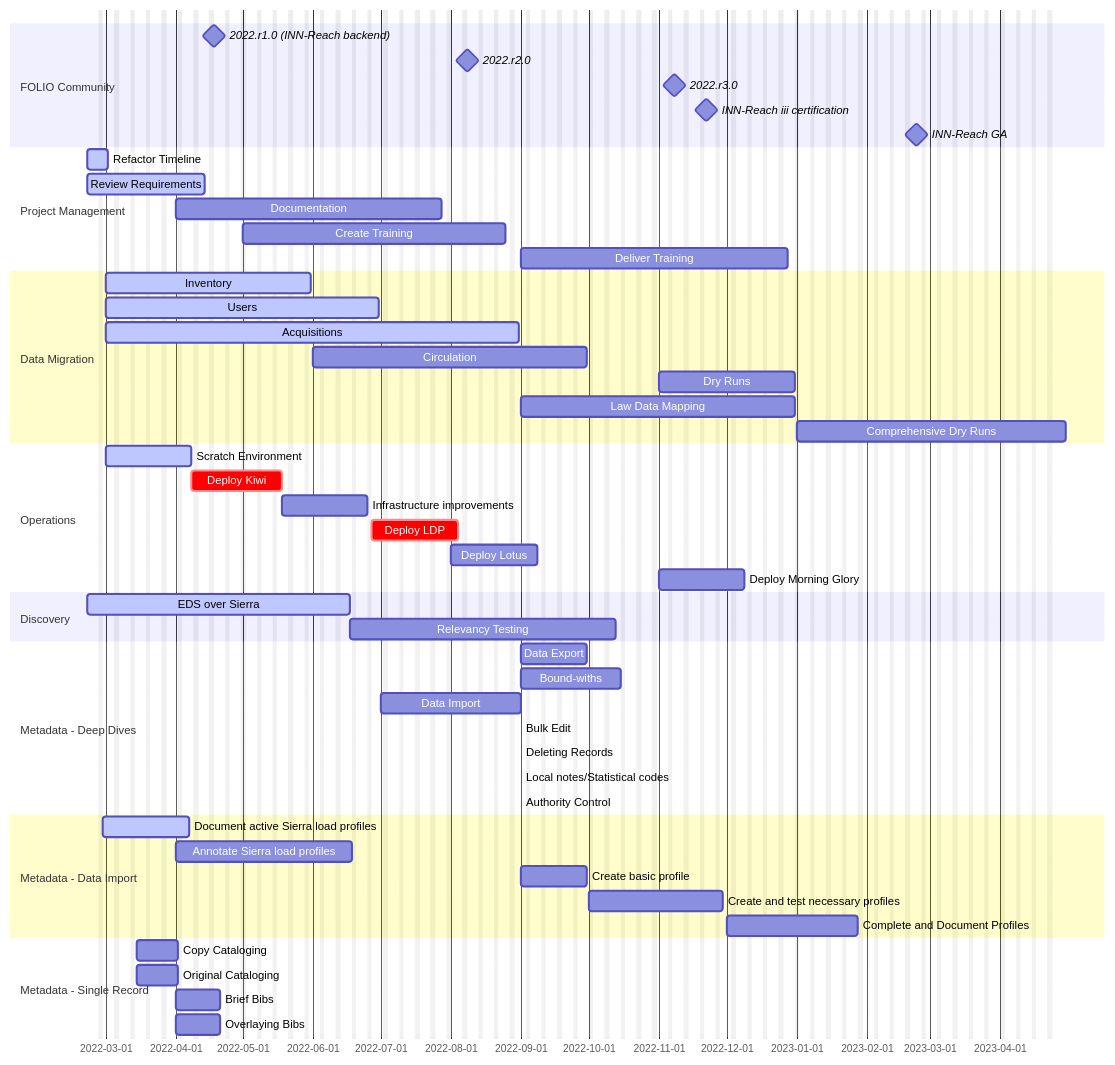
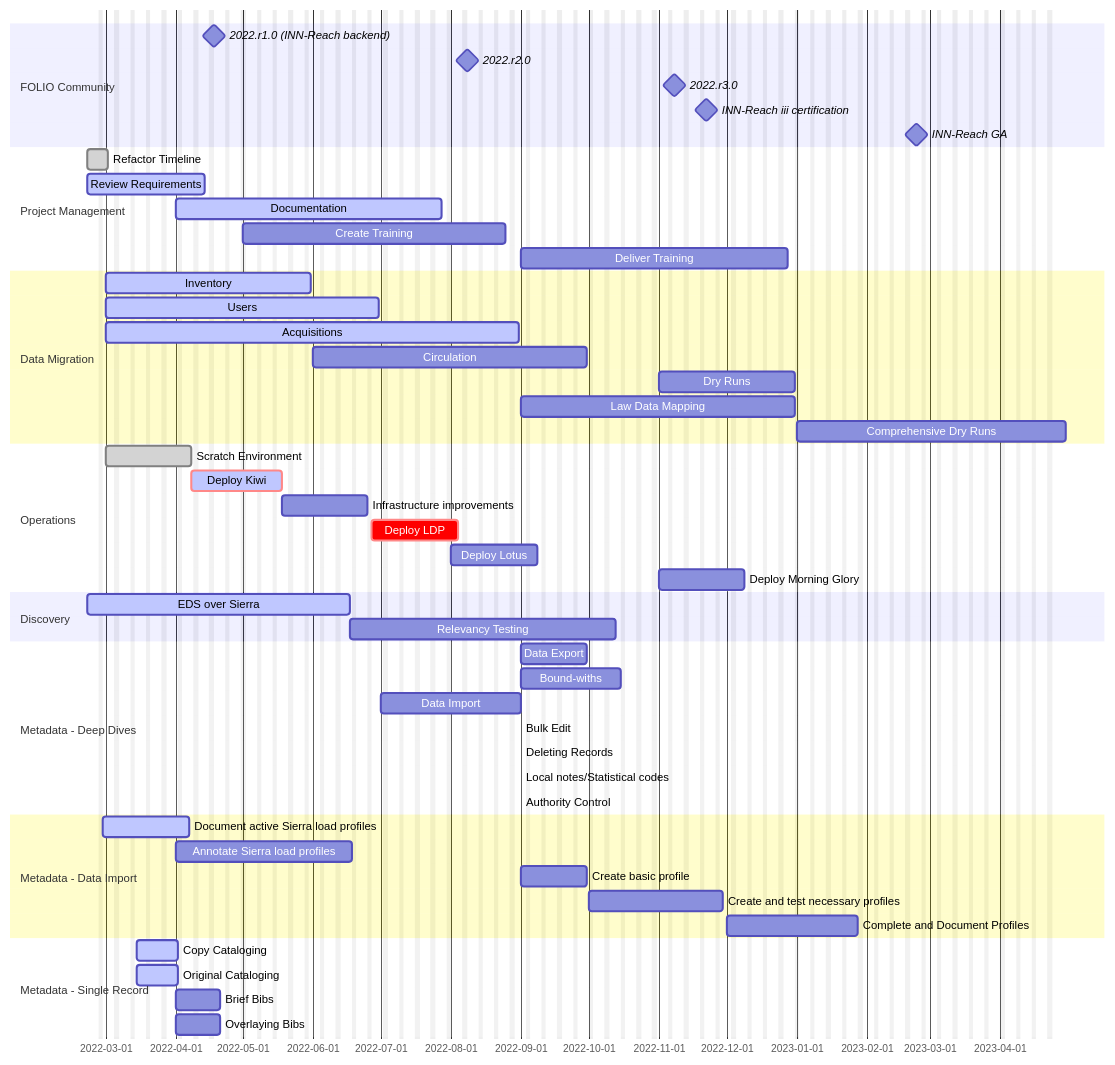
Before and after one commit to culibraries/folio: the first of 2 diagrams in docs/admin/timelines.md, drawn with Mermaid. The commit also changed other lines of this file, not shown here.

Commit message:
Updated timelines for April.

````diff
--- a/docs/admin/timelines.md
+++ b/docs/admin/timelines.md
@@ -19,64 +19,64 @@
 ```{mermaid}
   gantt
       dateFormat  YYYY-MM-DD
       excludes  weekends
       axisFormat %Y-%m-%d
 
       section FOLIO Community
       2022.r1.0 (INN-Reach backend) :milestone, 2022-04-18, 0d
       2022.r2.0 :milestone, 2022-08-08, 0d
       2022.r3.0 :milestone, 2022-11-08, 0d
       INN-Reach iii certification :milestone, 2022-11-22, 0d
       INN-Reach GA :milestone, 2023-02-23, 0d
 
       section Project Management
-      Refactor Timeline     :active, 2022-02-21, 1w
+      Refactor Timeline     :done, 2022-02-21, 1w
       Review Requirements   :active, 2022-02-21, 38d
-      Documentation :2022-04-01, 12w
+      Documentation :active, 2022-04-01, 12w
       Create Training :2022-05-01, 12w
       Deliver Training :2022-09-01, 12w
 
       section Data Migration
       Inventory :active, 2022-03-01, 2022-05-31
       Users : active, 2022-03-01, 2022-06-30
       Acquisitions :active, 2022-03-01, 2022-08-31
       Circulation: 2022-06-01, 2022-09-30
       Dry Runs :2022-11-01, 2022-12-31
       Law Data Mapping :d4, 2022-09-01 , 2022-12-31
       Comprehensive Dry Runs :2023-01-01, 2023-04-30
 
       section Operations
-      Scratch Environment :active, o1, 2022-03-01, 4w
-      Deploy Kiwi :crit, o2, after o1,  4w
+      Scratch Environment :done, o1, 2022-03-01, 4w
+      Deploy Kiwi :active, crit, o2, after o1,  4w
       Infrastructure improvements :o3, after o2, 4w
       Deploy LDP :crit, o4, after o3, 4w
       Deploy Lotus :o5, 2022-08-01, 4w
       Deploy Morning Glory :o6, 2022-11-01, 4w
 
       section Discovery
       EDS over Sierra   :active, d1, 2022-02-21, 12w
       Relevancy Testing  :12w
 
       section Metadata - Deep Dives
       Data Export: 2022-09-01,2022-09-30
       Bound-withs: 2022-09-01,2022-10-15
       Data Import: 2022-07-01,2022-09-01
       Bulk Edit: 
       Deleting Records: 
       Local notes/Statistical codes: 
       Authority Control: 
 
       section Metadata - Data Import
       Document active Sierra load profiles :active, 2022-02-28, 4w
       Annotate Sierra load profiles :2022-04-01, 8w
       Create basic profile :2022-09-01, 3w
       Create and test necessary profiles :2022-10-01, 6w
       Complete and Document Profiles :2022-12-01, 6w
 
       section Metadata - Single Record
-      Copy Cataloging: 2022-03-15, 2w
-      Original Cataloging: 2022-03-15, 2w
+      Copy Cataloging :active, 2022-03-15, 2w
+      Original Cataloging :active, 2022-03-15, 2w
       Brief Bibs: 2022-04-01, 2w
       Overlaying Bibs: 2022-04-01, 2w
 
 ```
````
